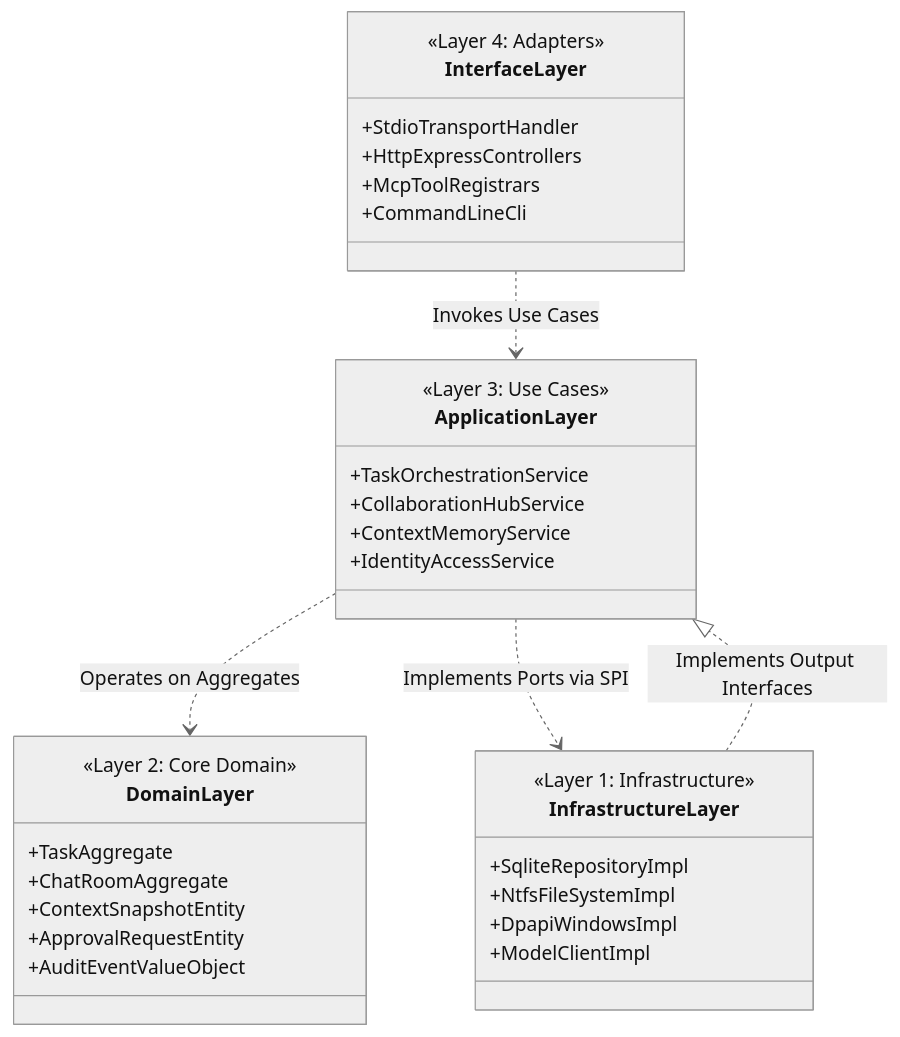
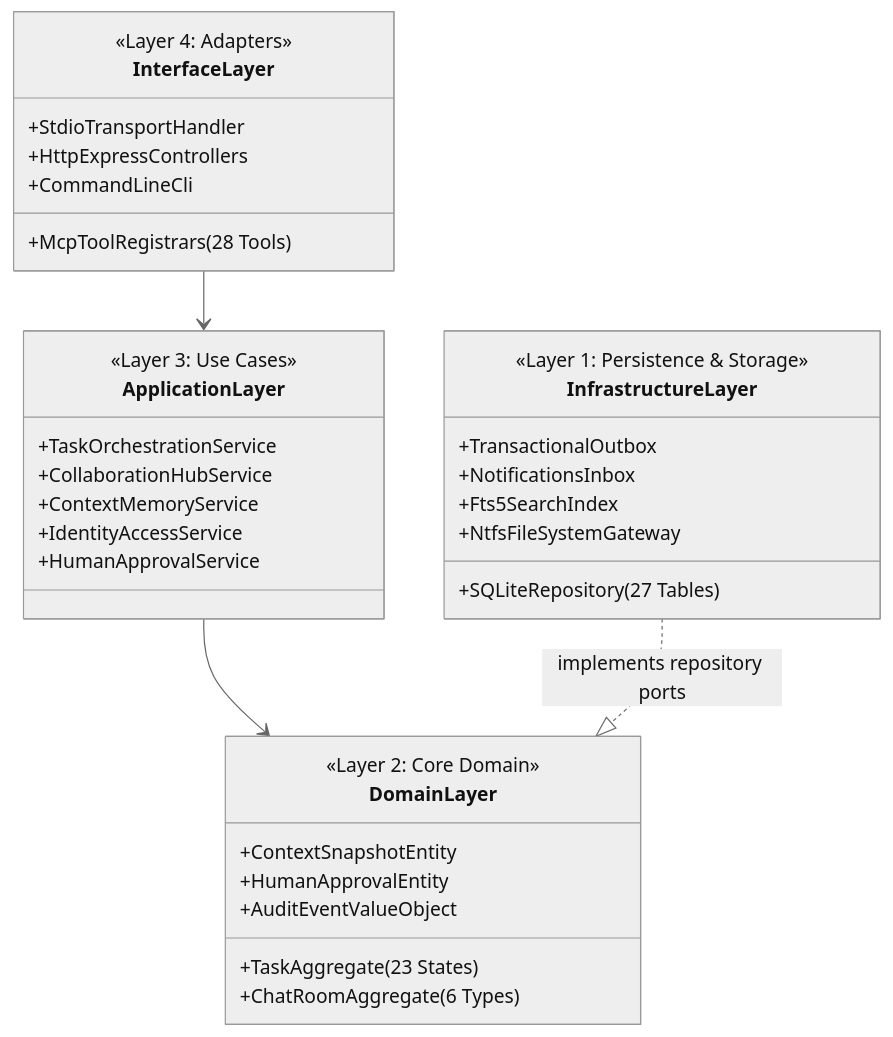
One commit to kietpro352010/AICO changed the second of 4 diagrams in docs/blueprint/v3/02_TARGET_ARCHITECTURE.md. Above: the diagram before and after it, drawn with Mermaid (neutral theme). The commit also changed other lines of this file and 11 other files, not shown here.

````diff
--- a/docs/blueprint/v3/02_TARGET_ARCHITECTURE.md
+++ b/docs/blueprint/v3/02_TARGET_ARCHITECTURE.md
@@ -76,38 +78,39 @@
 ```mermaid
 classDiagram
     direction TB
     class InterfaceLayer {
         <<Layer 4: Adapters>>
         +StdioTransportHandler
         +HttpExpressControllers
-        +McpToolRegistrars
+        +McpToolRegistrars (28 Tools)
         +CommandLineCli
     }
     class ApplicationLayer {
         <<Layer 3: Use Cases>>
         +TaskOrchestrationService
         +CollaborationHubService
         +ContextMemoryService
         +IdentityAccessService
+        +HumanApprovalService
     }
     class DomainLayer {
         <<Layer 2: Core Domain>>
-        +TaskAggregate
-        +ChatRoomAggregate
+        +TaskAggregate (23 States)
+        +ChatRoomAggregate (6 Types)
         +ContextSnapshotEntity
-        +ApprovalRequestEntity
+        +HumanApprovalEntity
         +AuditEventValueObject
     }
     class InfrastructureLayer {
-        <<Layer 1: Infrastructure>>
-        +SqliteRepositoryImpl
-        +NtfsFileSystemImpl
-        +DpapiWindowsImpl
-        +ModelClientImpl
+        <<Layer 1: Persistence & Storage>>
+        +SQLiteRepository (27 Tables)
+        +TransactionalOutbox
+        +NotificationsInbox
+        +Fts5SearchIndex
+        +NtfsFileSystemGateway
     }
 
-    InterfaceLayer ..> ApplicationLayer : Invokes Use Cases
-    ApplicationLayer ..> DomainLayer : Operates on Aggregates
-    ApplicationLayer ..> InfrastructureLayer : Implements Ports via SPI
-    InfrastructureLayer ..|> ApplicationLayer : Implements Output Interfaces
+    InterfaceLayer --> ApplicationLayer
+    ApplicationLayer --> DomainLayer
+    InfrastructureLayer ..|> DomainLayer : implements repository ports
 ```
````
